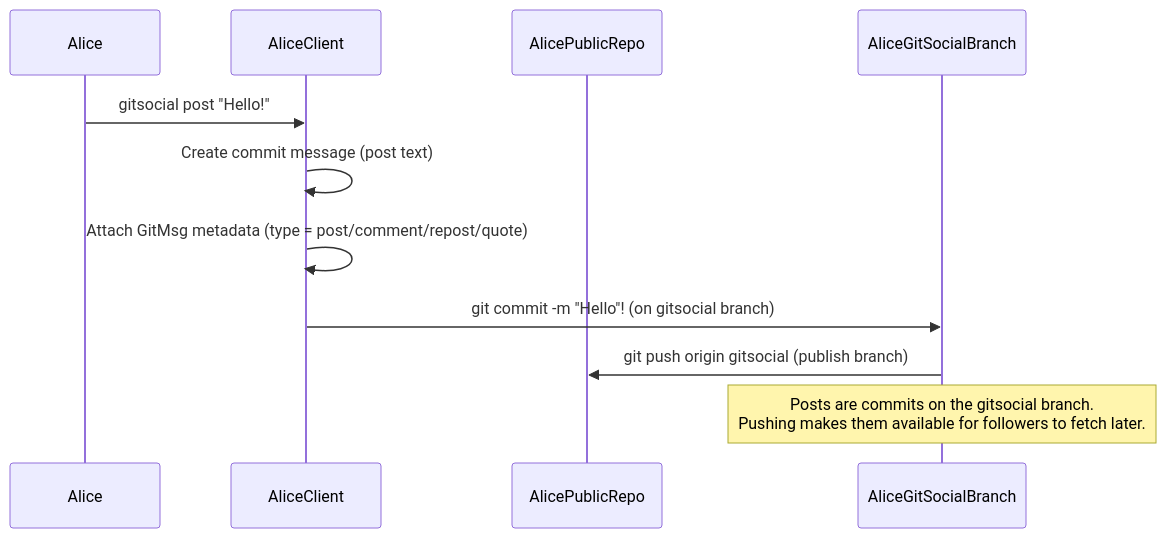
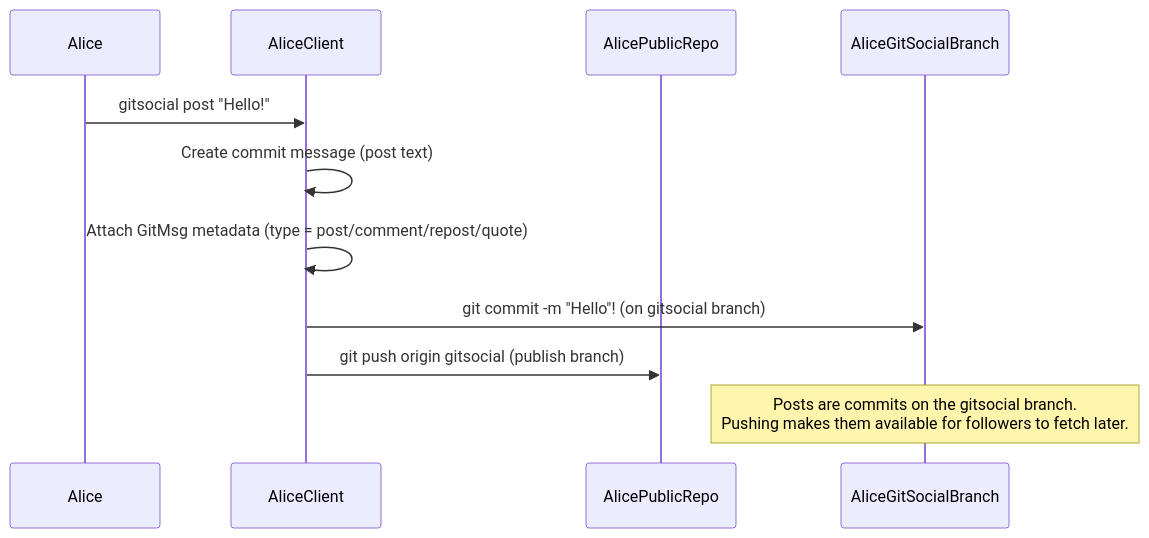
Diagram 15 of 20 in alternatives.md (gargster/ELEC4712_Decentralised_Blog), drawn with Mermaid before and after one commit. The commit also changed other lines of this file, not shown here.

Commit message:
Added detailed analysis for gitsocial protocol

````diff
--- a/alternatives.md
+++ b/alternatives.md
@@ -683,15 +707,15 @@
 ```mermaid
 sequenceDiagram
     participant Alice
     participant AliceClient as AliceClient
     participant AlicePublicRepo as AlicePublicRepo
     participant AliceGitSocialBranch as AliceGitSocialBranch
 
     Alice->>AliceClient: gitsocial post "Hello!"
     AliceClient->>AliceClient: Create commit message (post text)
     AliceClient->>AliceClient: Attach GitMsg metadata (type = post/comment/repost/quote)
     AliceClient->>AliceGitSocialBranch: git commit -m "Hello"! (on gitsocial branch)
-    AliceGitSocialBranch->>AlicePublicRepo: git push origin gitsocial (publish branch)
+    AliceClient->>AlicePublicRepo: git push origin gitsocial (publish branch)
 
     Note over AliceGitSocialBranch: Posts are commits on the gitsocial branch.<br>Pushing makes them available for followers to fetch later.
 ```
````
